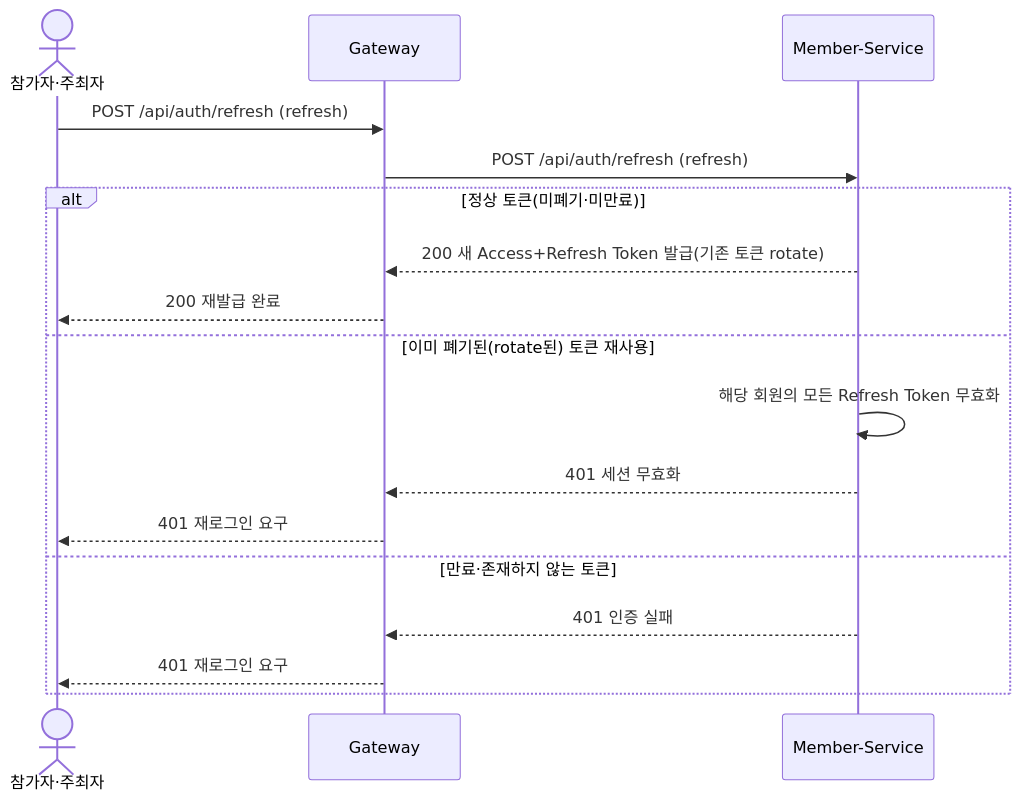
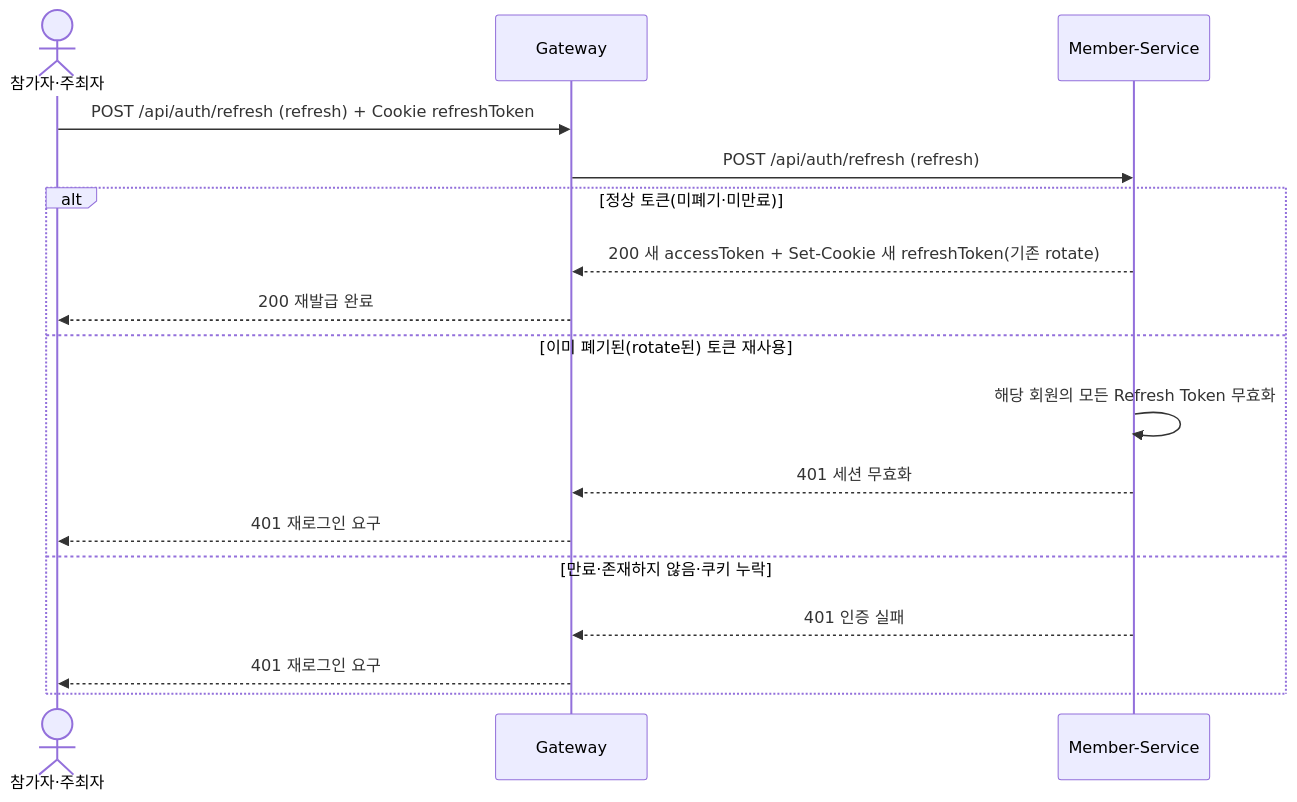
Before and after one commit to likelion-backend-24th/Final-Project-Team3: the third of 17 diagrams in docs/시퀀스.md, drawn with Mermaid. The commit also changed other lines of this file and 12 other files, not shown here.

````diff
--- a/docs/시퀀스.md
+++ b/docs/시퀀스.md
@@ -57,19 +62,19 @@
 ```mermaid
 sequenceDiagram
     actor P as 참가자·주최자
     participant G as Gateway
     participant MS as Member-Service
-    P->>G: POST /api/auth/refresh (refresh)
+    P->>G: POST /api/auth/refresh (refresh) + Cookie refreshToken
     G->>MS: POST /api/auth/refresh (refresh)
     alt 정상 토큰(미폐기·미만료)
-        MS-->>G: 200 새 Access+Refresh Token 발급(기존 토큰 rotate)
+        MS-->>G: 200 새 accessToken + Set-Cookie 새 refreshToken(기존 rotate)
         G-->>P: 200 재발급 완료
     else 이미 폐기된(rotate된) 토큰 재사용
         MS->>MS: 해당 회원의 모든 Refresh Token 무효화
         MS-->>G: 401 세션 무효화
         G-->>P: 401 재로그인 요구
-    else 만료·존재하지 않는 토큰
+    else 만료·존재하지 않음·쿠키 누락
         MS-->>G: 401 인증 실패
         G-->>P: 401 재로그인 요구
     end
 ```
````
